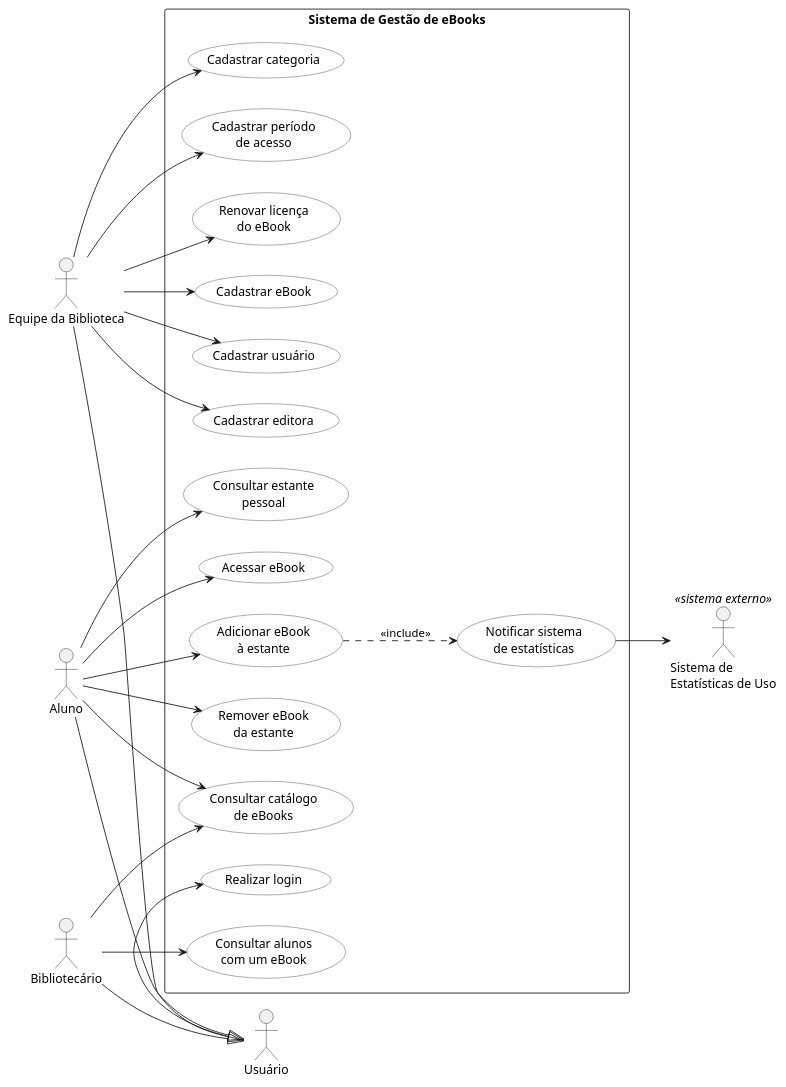
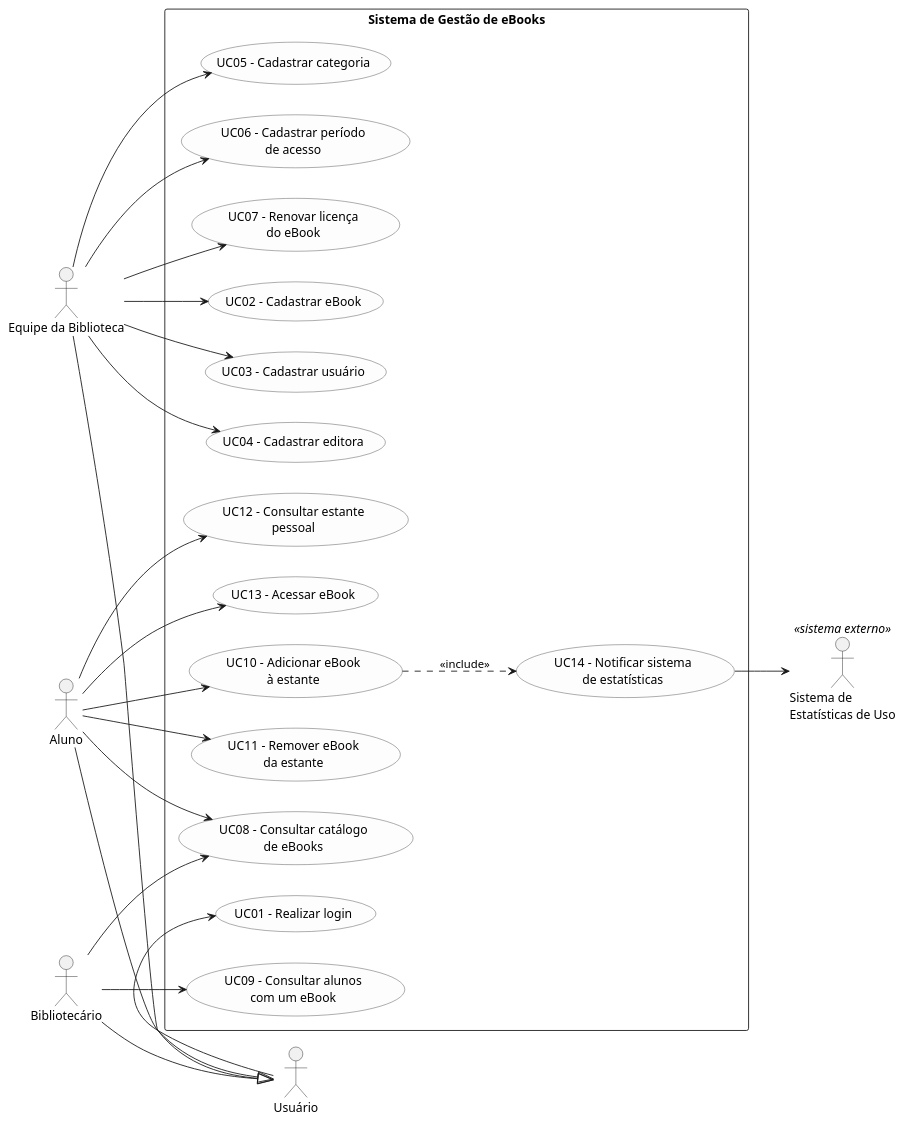
One commit to Aklages/lab01-ebooks-biblioteca changed the diagram in docs/diagramas/casos-de-uso.puml. Above: the diagram before and after it, drawn with PlantUML.

Commit message:
correção do diagrama de casos de uso

```diff
--- a/docs/diagramas/casos-de-uso.puml
+++ b/docs/diagramas/casos-de-uso.puml
@@ -1,81 +1,81 @@
 @startuml casos_de_uso_ebooks
 ' =====================================================================
 ' Sistema de Gestao de eBooks da Biblioteca Universitaria
 ' Diagrama de Casos de Uso - Lab01S01
 ' Fonte versionada em docs/diagramas/casos-de-uso.puml
 ' Versao enxuta: 14 casos de uso
 ' =====================================================================
 
 left to right direction
 skinparam packageStyle rectangle
 skinparam shadowing false
 skinparam usecase {
   BackgroundColor #FDFDFD
   BorderColor #444444
 }
 
 ' ========================= FRONTEIRA DO SISTEMA ======================
 rectangle "Sistema de Gestão de eBooks" {
 
   ' --- Autenticacao (Usuario) ---
-  usecase "Realizar login" as UC01
+  usecase "UC01 - Realizar login" as UC01
 
   ' --- Manutencao do acervo e dos cadastros (Equipe da Biblioteca) ---
-  usecase "Cadastrar eBook" as UC02
-  usecase "Cadastrar usuário" as UC03
-  usecase "Cadastrar editora" as UC04
-  usecase "Cadastrar categoria" as UC05
-  usecase "Cadastrar período\nde acesso" as UC06
-  usecase "Renovar licença\ndo eBook" as UC07
+  usecase "UC02 - Cadastrar eBook" as UC02
+  usecase "UC03 - Cadastrar usuário" as UC03
+  usecase "UC04 - Cadastrar editora" as UC04
+  usecase "UC05 - Cadastrar categoria" as UC05
+  usecase "UC06 - Cadastrar período\nde acesso" as UC06
+  usecase "UC07 - Renovar licença\ndo eBook" as UC07
 
   ' --- Consultas (Aluno e Bibliotecario) ---
-  usecase "Consultar catálogo\nde eBooks" as UC08
-  usecase "Consultar alunos\ncom um eBook" as UC09
+  usecase "UC08 - Consultar catálogo\nde eBooks" as UC08
+  usecase "UC09 - Consultar alunos\ncom um eBook" as UC09
 
   ' --- Estante pessoal (Aluno) ---
-  usecase "Adicionar eBook\nà estante" as UC10
-  usecase "Remover eBook\nda estante" as UC11
-  usecase "Consultar estante\npessoal" as UC12
-  usecase "Acessar eBook" as UC13
+  usecase "UC10 - Adicionar eBook\nà estante" as UC10
+  usecase "UC11 - Remover eBook\nda estante" as UC11
+  usecase "UC12 - Consultar estante\npessoal" as UC12
+  usecase "UC13 - Acessar eBook" as UC13
 
   ' --- Notificacao ao sistema externo ---
-  usecase "Notificar sistema\nde estatísticas" as UC14
+  usecase "UC14 - Notificar sistema\nde estatísticas" as UC14
 }
 
 ' ============================== ATORES ===============================
 actor Usuario as "Usuário"
 actor Aluno as "Aluno"
 actor Bibliotecario as "Bibliotecário"
 actor Equipe as "Equipe da Biblioteca"
 
 Aluno --|> Usuario
 Bibliotecario --|> Usuario
 Equipe --|> Usuario
 
 actor Estatisticas as "Sistema de\nEstatísticas de Uso" <<sistema externo>>
 
 ' ============================ ASSOCIACOES ============================
 Usuario --> UC01
 
 Equipe --> UC02
 Equipe --> UC03
 Equipe --> UC04
 Equipe --> UC05
 Equipe --> UC06
 Equipe --> UC07
 
 Bibliotecario --> UC08
 Bibliotecario --> UC09
 
 Aluno --> UC08
 Aluno --> UC10
 Aluno --> UC11
 Aluno --> UC12
 Aluno --> UC13
 
 UC14 --> Estatisticas
 
 ' ====================== INCLUSAO ==============================
 UC10 ..> UC14 : <<include>>
 
 @enduml
```
